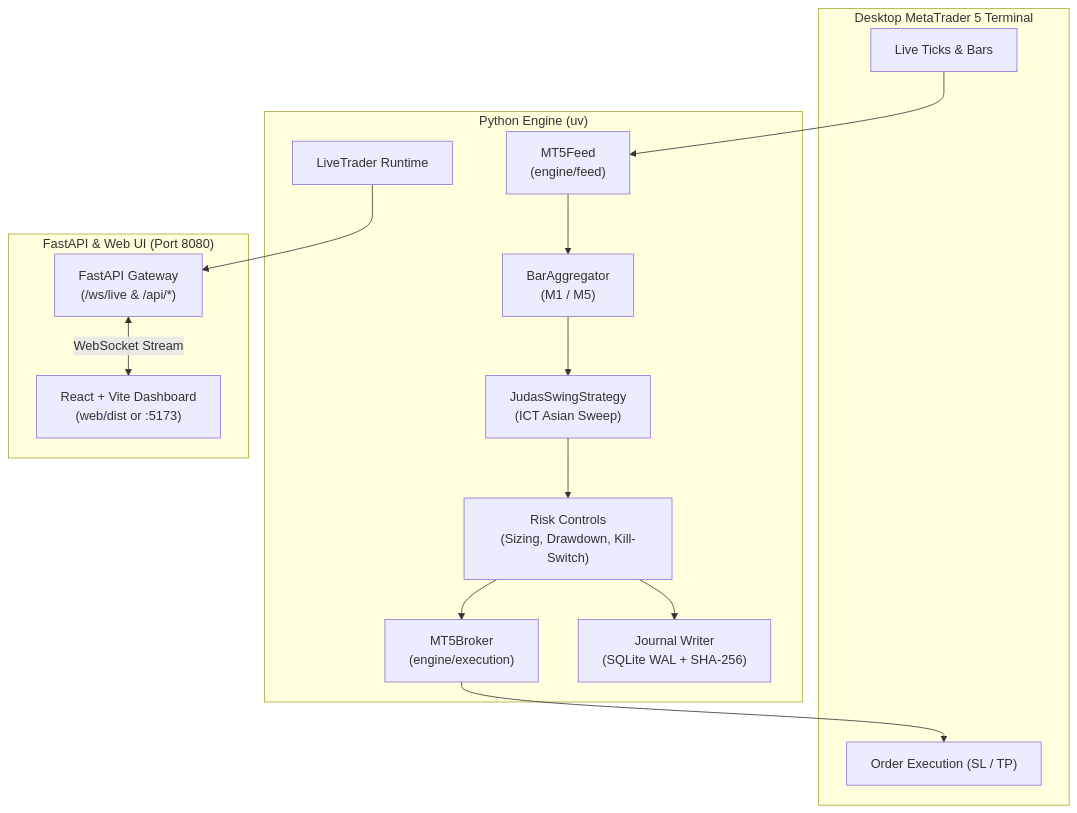
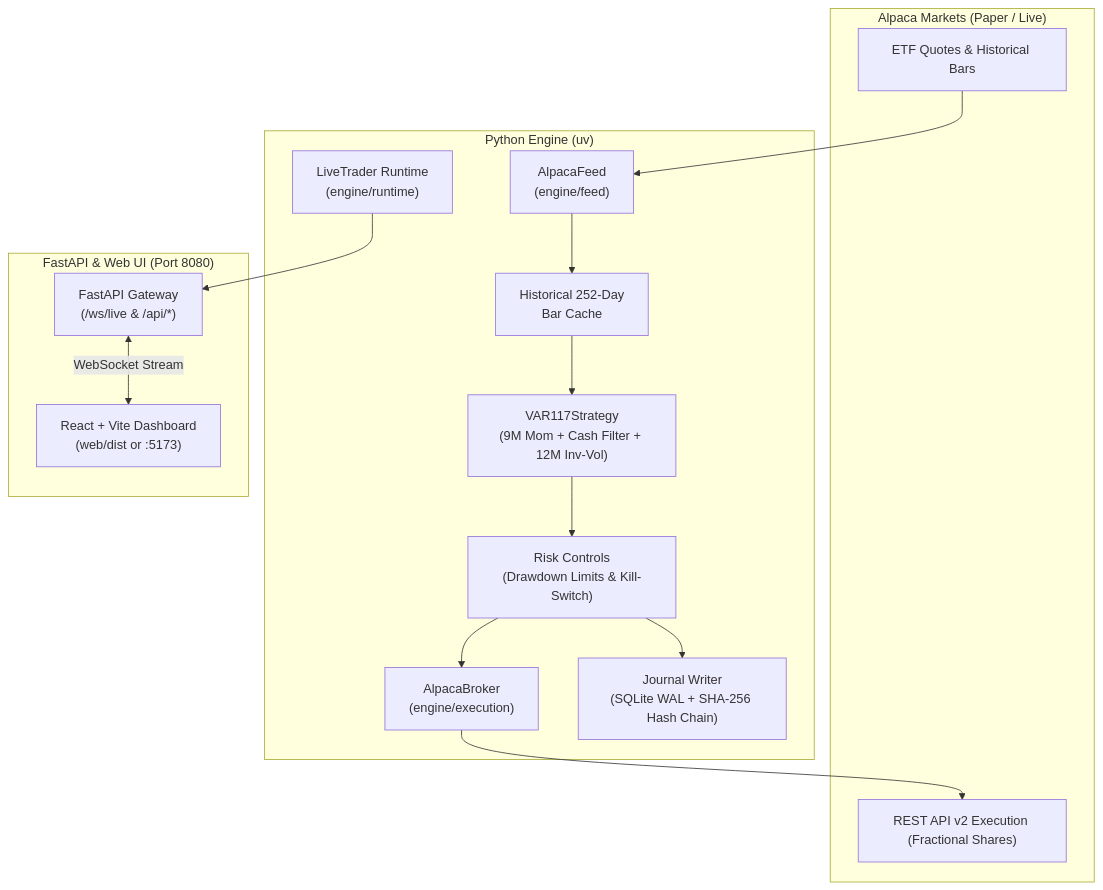
One commit to PoeungKimsan/Gbot changed the diagram in README.md. Above: the diagram before and after it, drawn with Mermaid. The commit also changed other lines of this file and 1 other file, not shown here.

````diff
--- a/README.md
+++ b/README.md
@@ -18,27 +18,27 @@
 ```mermaid
 flowchart TD
-    subgraph MetaTrader5 ["Desktop MetaTrader 5 Terminal"]
-        MT5_Feed["Live Ticks & Bars"]
-        MT5_Exec["Order Execution (SL / TP)"]
+    subgraph AlpacaVenue ["Alpaca Markets (Paper / Live)"]
+        Alpaca_Feed["ETF Quotes & Historical Bars"]
+        Alpaca_Exec["REST API v2 Execution (Fractional Shares)"]
     end
 
     subgraph CoreEngine ["Python Engine (uv)"]
-        Feed["MT5Feed\n(engine/feed)"] --> Agg["BarAggregator\n(M1 / M5)"]
-        Agg --> Strategy["JudasSwingStrategy\n(ICT Asian Sweep)"]
-        Strategy --> Risk["Risk Controls\n(Sizing, Drawdown, Kill-Switch)"]
-        Risk --> Broker["MT5Broker\n(engine/execution)"]
-        Broker --> MT5_Exec
-        Risk --> Journal["Journal Writer\n(SQLite WAL + SHA-256)"]
-        LiveTrader["LiveTrader Runtime"]
+        Feed["AlpacaFeed\n(engine/feed)"] --> Cache["Historical 252-Day\nBar Cache"]
+        Cache --> Strategy["VAR117Strategy\n(9M Mom + Cash Filter + 12M Inv-Vol)"]
+        Strategy --> Risk["Risk Controls\n(Drawdown Limits & Kill-Switch)"]
+        Risk --> Broker["AlpacaBroker\n(engine/execution)"]
+        Broker --> Alpaca_Exec
+        Risk --> Journal["Journal Writer\n(SQLite WAL + SHA-256 Hash Chain)"]
+        LiveTrader["LiveTrader Runtime\n(engine/runtime)"]
     end
 
-    MT5_Feed --> Feed
+    Alpaca_Feed --> Feed
 
     subgraph WebAPI ["FastAPI & Web UI (Port 8080)"]
         FastAPI["FastAPI Gateway\n(/ws/live & /api/*)"]
         Dashboard["React + Vite Dashboard\n(web/dist or :5173)"]
     end
 
     LiveTrader --> FastAPI
     FastAPI <-->|WebSocket Stream| Dashboard
 ```
````
